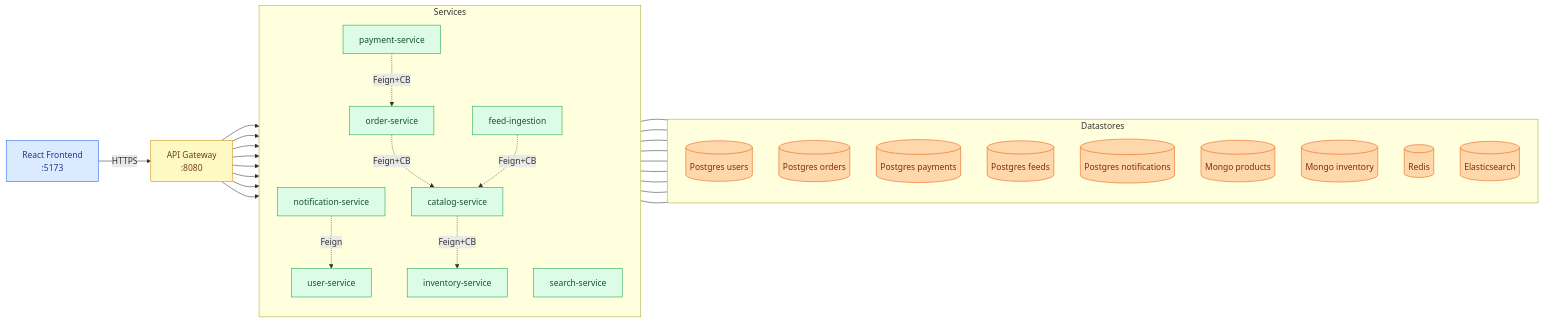
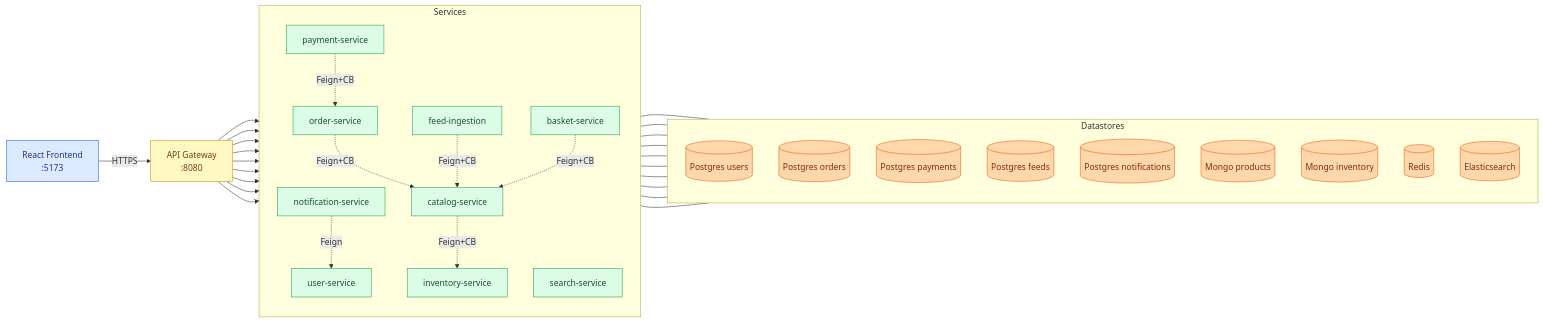
Before and after one commit to yigitdemirko/marketplace: the fourth of 6 diagrams in README.md, drawn with Mermaid. The commit also changed other lines of this file and 2 other files, not shown here.

Commit message:
docs: README + basket-service walkthrough (#140)

````diff
--- a/README.md
+++ b/README.md
@@ -589,58 +598,61 @@
 ```mermaid
 graph LR
     FE2[React Frontend<br/>:5173]
     GW2[API Gateway<br/>:8080]
 
     subgraph services2 [Services]
         direction TB
         US2[user-service]
         CS2[catalog-service]
         SS2[search-service]
         OS2[order-service]
         PM2[payment-service]
         NS2[notification-service]
         FI2[feed-ingestion]
         IV2[inventory-service]
+        BS2[basket-service]
     end
 
     subgraph datastores2 [Datastores]
         direction TB
         PGU2[("Postgres users")]
         PGO2[("Postgres orders")]
         PGP2[("Postgres payments")]
         PGF2[("Postgres feeds")]
         PGN2[("Postgres notifications")]
         MGC2[("Mongo products")]
         MGI2[("Mongo inventory")]
         RD2[("Redis")]
         ES2[("Elasticsearch")]
     end
 
     FE2 -->|HTTPS| GW2
-    GW2 --> US2 & CS2 & SS2 & OS2 & PM2 & FI2 & IV2 & NS2
+    GW2 --> US2 & CS2 & SS2 & OS2 & PM2 & FI2 & IV2 & NS2 & BS2
 
     OS2 -. Feign+CB .-> CS2
     PM2 -. Feign+CB .-> OS2
     FI2 -. Feign+CB .-> CS2
     CS2 -. Feign+CB .-> IV2
+    BS2 -. Feign+CB .-> CS2
     NS2 -. Feign .-> US2
 
     US2 --- PGU2
     OS2 --- PGO2
     PM2 --- PGP2
     FI2 --- PGF2
     NS2 --- PGN2
     CS2 --- MGC2
     CS2 --- RD2
+    BS2 --- RD2
     IV2 --- MGI2
     SS2 --- ES2
 
     classDef svc fill:#dcfce7,stroke:#16a34a,color:#14532d
     classDef gw fill:#fef9c3,stroke:#ca8a04,color:#713f12
     classDef fe fill:#dbeafe,stroke:#2563eb,color:#1e3a8a
     classDef ds fill:#fed7aa,stroke:#ea580c,color:#7c2d12
-    class US2,CS2,SS2,OS2,PM2,NS2,FI2,IV2 svc
+    class US2,CS2,SS2,OS2,PM2,NS2,FI2,IV2,BS2 svc
     class GW2 gw
     class FE2 fe
     class PGU2,PGO2,PGP2,PGF2,PGN2,MGC2,MGI2,RD2,ES2 ds
 ```
````
